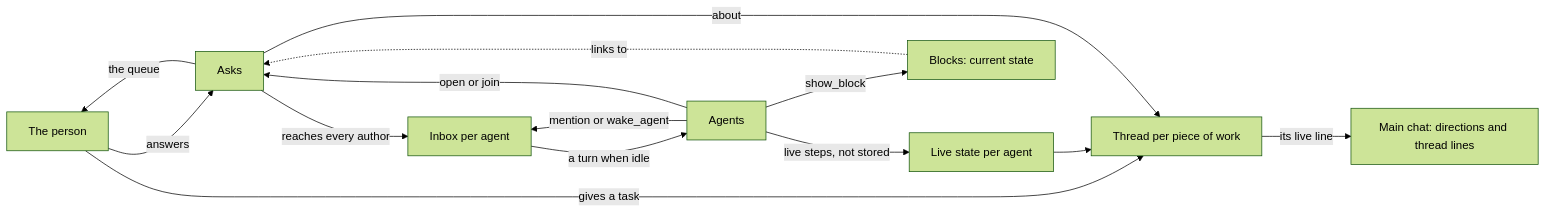
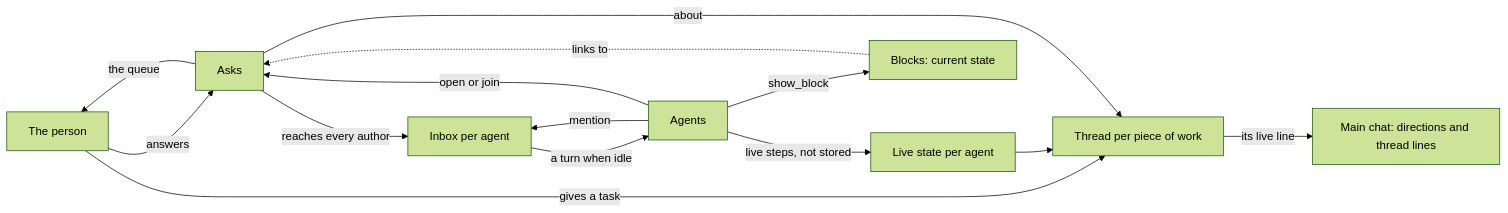
One commit to HJeon139/postbox changed the first of 2 diagrams in designs/rooms-at-scale.md. Above: the diagram before and after it, drawn with Mermaid (forest theme). The commit also changed other lines of this file and 1 other file, not shown here.

````diff
--- a/designs/rooms-at-scale.md
+++ b/designs/rooms-at-scale.md
@@ -37,16 +37,16 @@
 ```mermaid
 flowchart LR
   P[The person] -->|gives a task| TH[Thread per piece of work]
   TH -->|its live line| R[Main chat: directions and thread lines]
-  A[Agents] -->|mention or wake_agent| IN[Inbox per agent]
+  A[Agents] -->|mention| IN[Inbox per agent]
   IN -->|a turn when idle| A
   A -->|live steps, not stored| LS[Live state per agent]
   LS --> TH
   A -->|show_block| B[Blocks: current state]
   A -->|open or join| ASK[Asks]
   ASK -->|about| TH
   B -.->|links to| ASK
   ASK -->|the queue| P
   P -->|answers| ASK
   ASK -->|reaches every author| IN
 ```
````
